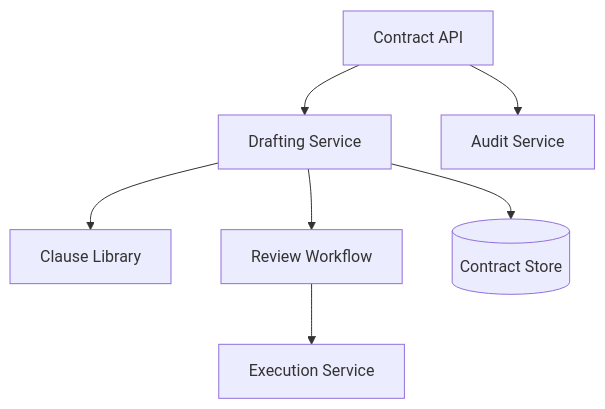
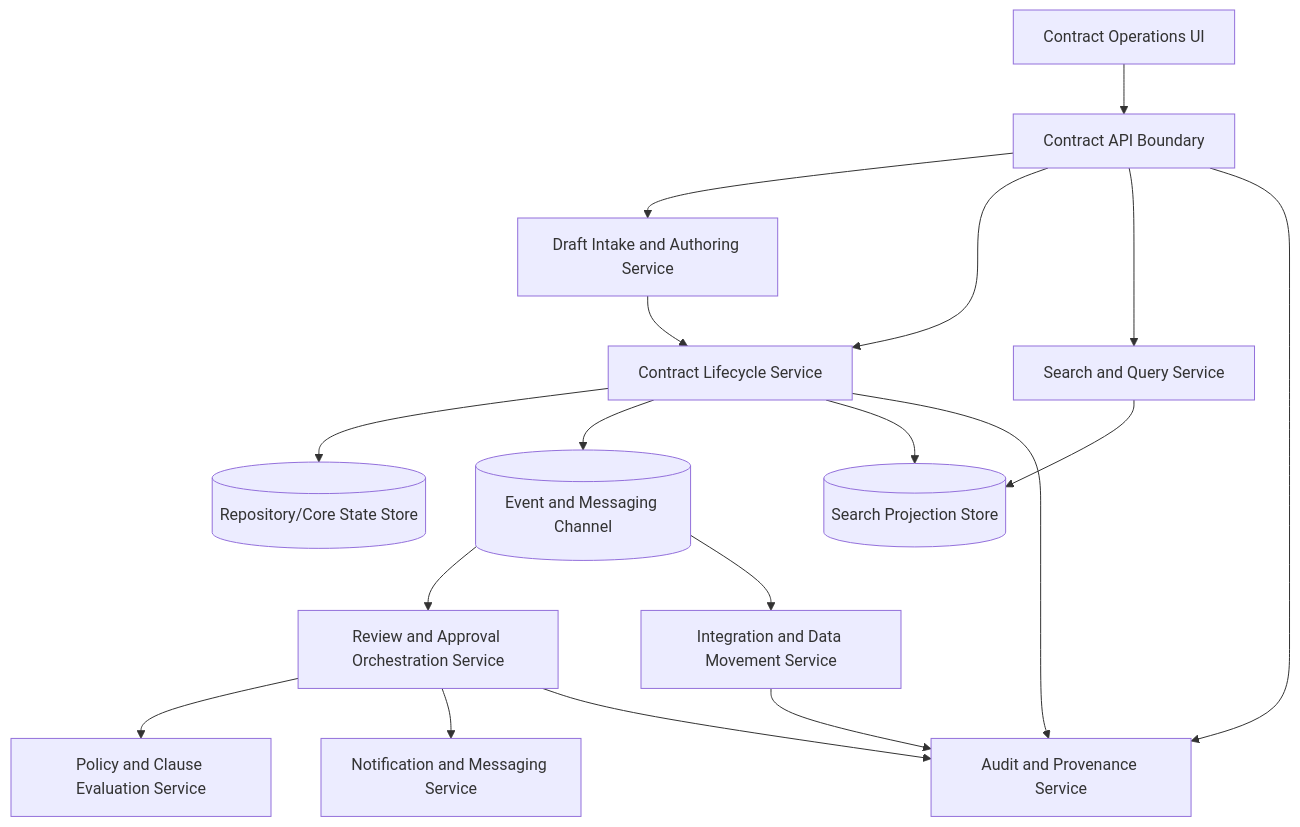
Before and after one commit to MichaelTimbes/solution-cookbook: the diagram in playbooks/contract-management-system/diagrams/container-view.mmd, drawn with Mermaid. The commit also changed 60 other files, not shown here.

```diff
--- a/playbooks/contract-management-system/diagrams/container-view.mmd
+++ b/playbooks/contract-management-system/diagrams/container-view.mmd
@@ -1,13 +1,40 @@
+%% Contract Management container view
+%% Shows major services, stores, and interaction paths.
 flowchart TB
-    API[Contract API]
-    Draft[Drafting Service]
-    Clause[Clause Library]
-    Review[Review Workflow]
-    Execute[Execution Service]
-    Audit[Audit Service]
-    Store[(Contract Store)]
+    Portal[Contract Operations UI]
+    API[Contract API Boundary]
 
-    API --> Draft --> Store
-    Draft --> Clause
-    Draft --> Review --> Execute
+    Intake[Draft Intake and Authoring Service]
+    Lifecycle[Contract Lifecycle Service]
+    Workflow[Review and Approval Orchestration Service]
+    Rules[Policy and Clause Evaluation Service]
+    Notify[Notification and Messaging Service]
+    Search[Search and Query Service]
+    Audit[Audit and Provenance Service]
+    Integrations[Integration and Data Movement Service]
+
+    State[(Repository/Core State Store)]
+    Index[(Search Projection Store)]
+    Events[(Event and Messaging Channel)]
+
+    Portal --> API
+    API --> Intake
+    API --> Lifecycle
+    API --> Search
+
+    Intake --> Lifecycle
+    Lifecycle --> State
+    Lifecycle --> Events
+
+    Events --> Workflow
+    Workflow --> Rules
+    Workflow --> Notify
+    Events --> Integrations
+
+    Lifecycle --> Index
+    Search --> Index
+
     API --> Audit
+    Lifecycle --> Audit
+    Workflow --> Audit
+    Integrations --> Audit
```
